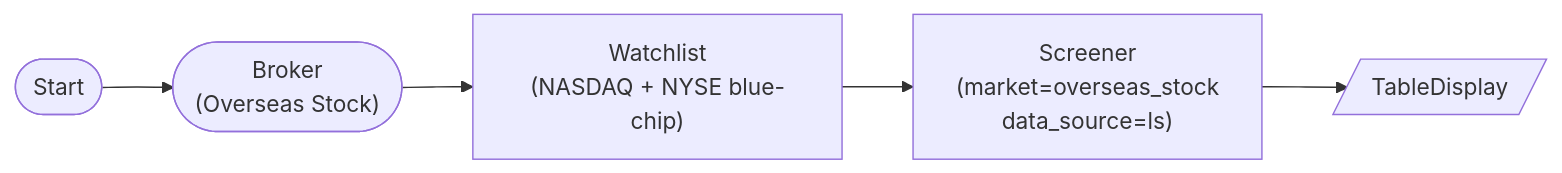
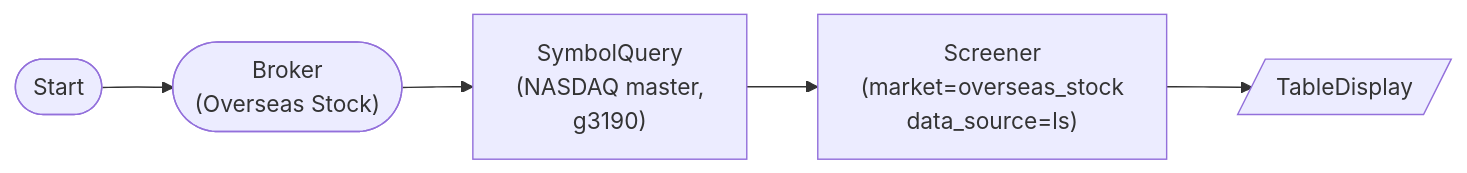
The diagram in src/programgarden/examples/workflows/80-screener-overseas-stock-ls.md (programgarden/programgarden), drawn with Mermaid before and after one commit. The commit also changed other lines of this file and 3 other files, not shown here.

````diff
--- a/src/programgarden/examples/workflows/80-screener-overseas-stock-ls.md
+++ b/src/programgarden/examples/workflows/80-screener-overseas-stock-ls.md
@@ -7,16 +7,17 @@
 ```mermaid
 graph LR
     start(["Start"])
     broker(["Broker
 (Overseas Stock)"])
-    watchlist["Watchlist
-(NASDAQ + NYSE blue-chip)"]
+    universe["SymbolQuery
+(NASDAQ master,
+ g3190)"]
     screener["Screener
 (market=overseas_stock
  data_source=ls)"]
     display[/"TableDisplay"/]
     start --> broker
-    broker --> watchlist
-    watchlist --> screener
+    broker --> universe
+    universe --> screener
     screener --> display
 ```
````
